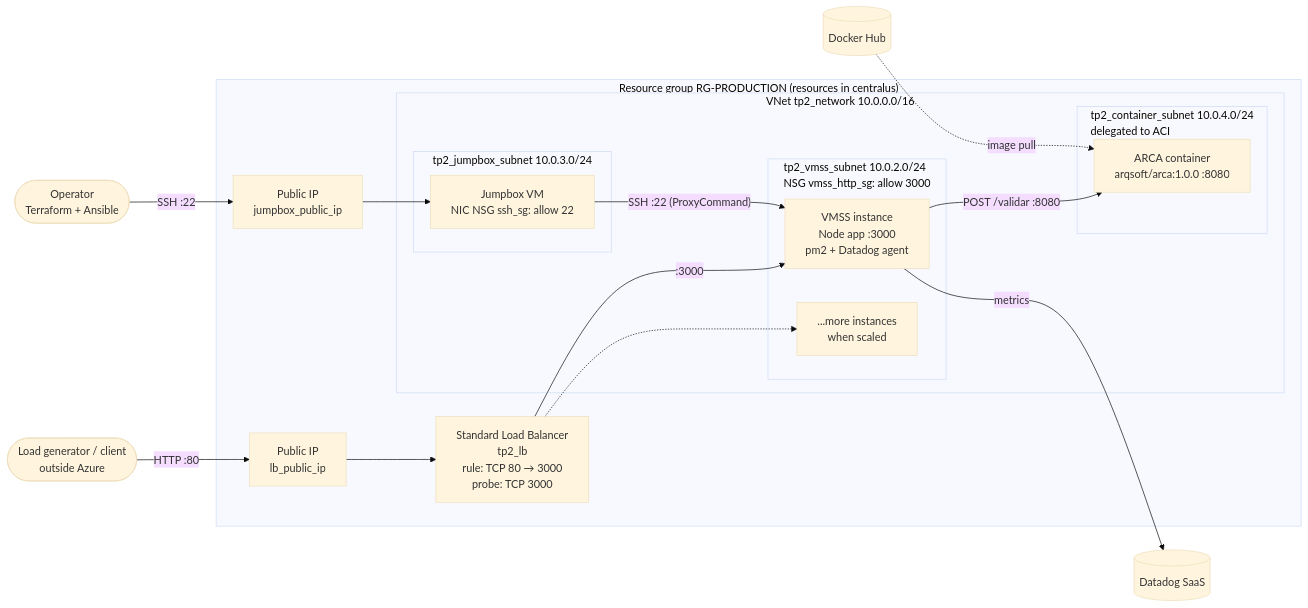
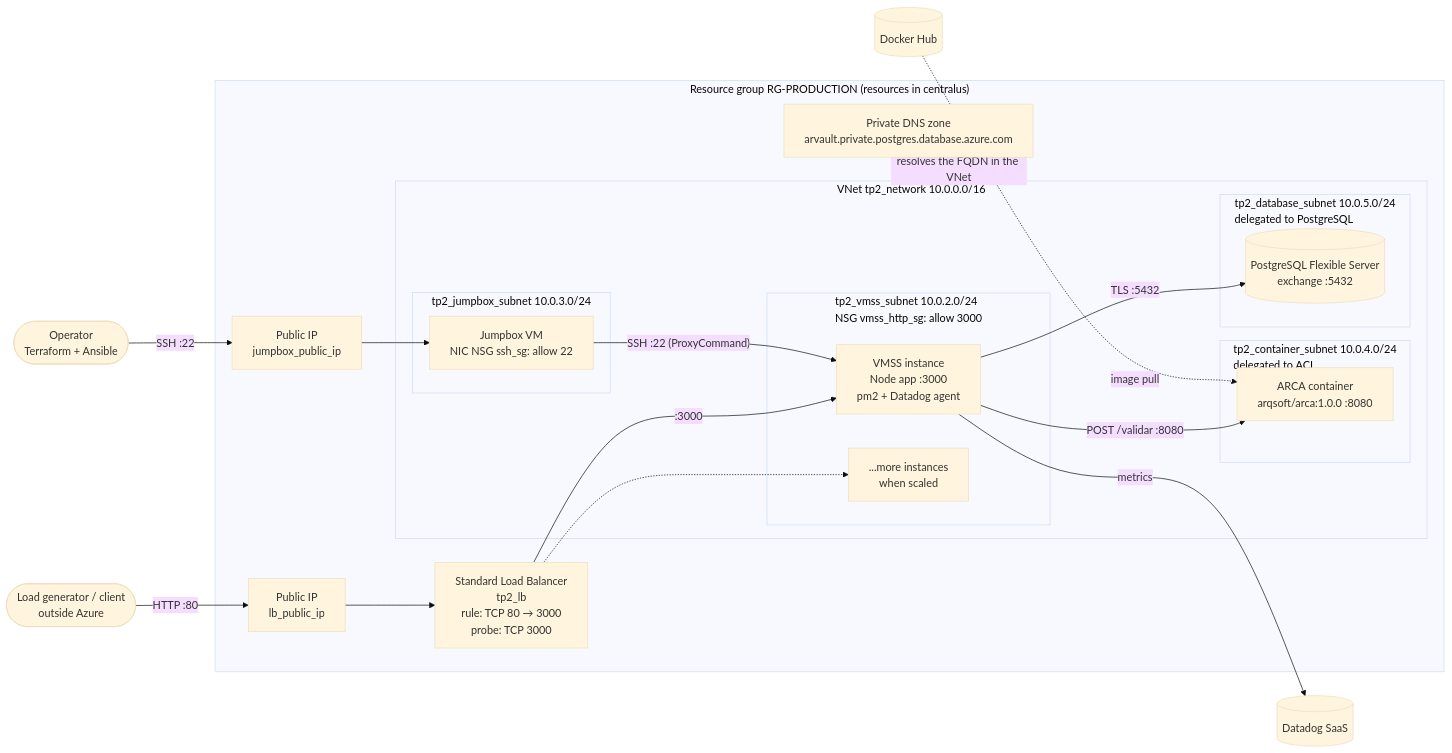
One commit to tcorzo/fiuba-2026C2-arq-tp2 changed the first of 3 diagrams in docs/infra/overview.md. Above: the diagram before and after it, drawn with Mermaid (base theme). The commit also changed other lines of this file and 13 other files, not shown here.

First line of the commit message:
feat(infra): add a private postgresql flexible server

````diff
--- a/docs/infra/overview.md
+++ b/docs/infra/overview.md
@@ -87,35 +94,41 @@
 ```mermaid
 flowchart LR
     user([Load generator / client<br/>outside Azure])
     admin([Operator<br/>Terraform + Ansible])
     dd[(Datadog SaaS)]
     hub[(Docker Hub)]
 
     subgraph rg["Resource group RG-PRODUCTION (resources in centralus)"]
         lbpip[Public IP<br/>lb_public_ip]
         lb[Standard Load Balancer<br/>tp2_lb<br/>rule: TCP 80 → 3000<br/>probe: TCP 3000]
         jbpip[Public IP<br/>jumpbox_public_ip]
 
         subgraph vnet["VNet tp2_network 10.0.0.0/16"]
             subgraph snvmss["tp2_vmss_subnet 10.0.2.0/24<br/>NSG vmss_http_sg: allow 3000"]
                 vm1[VMSS instance<br/>Node app :3000<br/>pm2 + Datadog agent]
                 vmN[...more instances<br/>when scaled]
             end
             subgraph snjb["tp2_jumpbox_subnet 10.0.3.0/24"]
                 jb[Jumpbox VM<br/>NIC NSG ssh_sg: allow 22]
             end
             subgraph snaci["tp2_container_subnet 10.0.4.0/24<br/>delegated to ACI"]
                 arca[ARCA container<br/>arqsoft/arca:1.0.0 :8080]
             end
+            subgraph sndb["tp2_database_subnet 10.0.5.0/24<br/>delegated to PostgreSQL"]
+                db[(PostgreSQL Flexible Server<br/>exchange :5432)]
+            end
         end
+        dns[Private DNS zone<br/>arvault.private.postgres.database.azure.com]
     end
 
     user -- "HTTP :80" --> lbpip --> lb
     lb -- ":3000" --> vm1
     lb -.-> vmN
     vm1 -- "POST /validar :8080" --> arca
+    vm1 -- "TLS :5432" --> db
+    dns -. "resolves the FQDN in the VNet" .-> vnet
     admin -- "SSH :22" --> jbpip --> jb
     jb -- "SSH :22 (ProxyCommand)" --> vm1
     vm1 -- "metrics" --> dd
     hub -. "image pull" .-> arca
 ```
````
